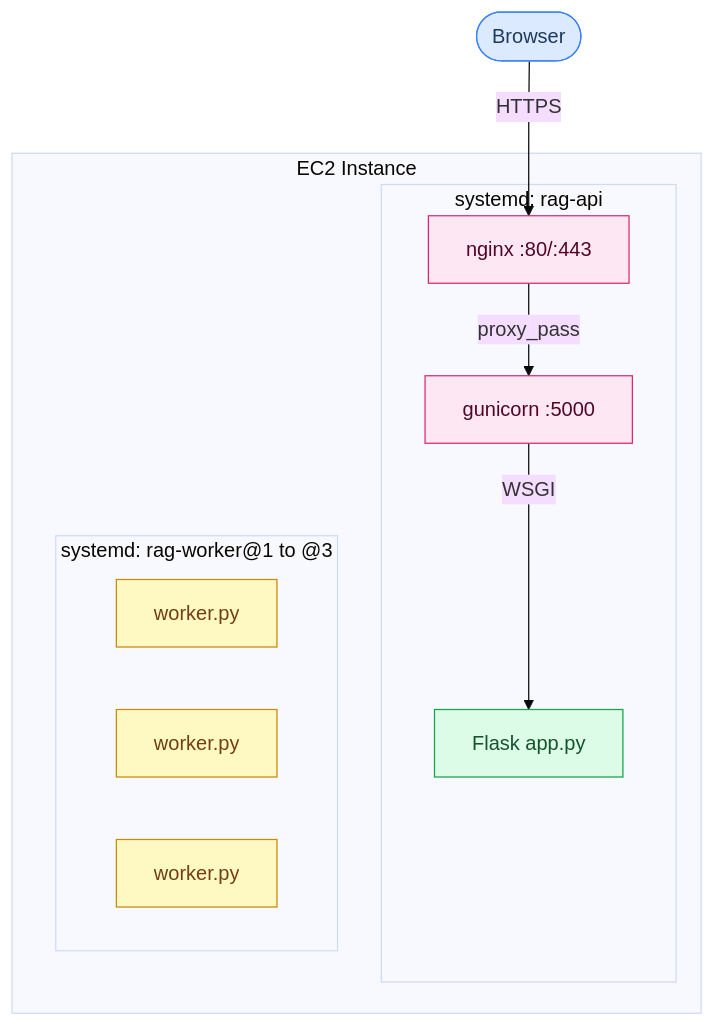
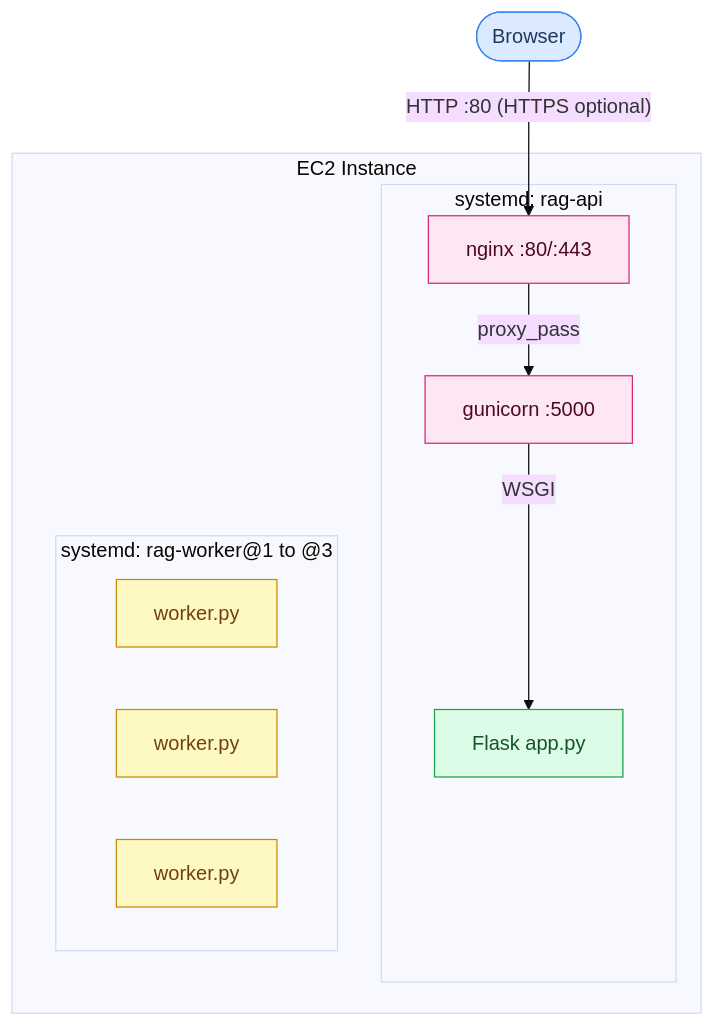
One commit to segalmax/immigration-rag changed the first of 2 diagrams in docs/DEPLOYMENT_DIAGRAM.md. Above: the diagram before and after it, drawn with Mermaid. The commit also changed other lines of this file and 4 other files, not shown here.

Commit message:
docs: sync maps and handouts with code (EC2, caches, ingest HTTP, schema fields)

````diff
--- a/docs/DEPLOYMENT_DIAGRAM.md
+++ b/docs/DEPLOYMENT_DIAGRAM.md
@@ -12,27 +12,27 @@
 ```mermaid
 %%{ init: { 'theme': 'base' } }%%
 flowchart TD
     classDef actor   fill:#dbeafe,stroke:#3b82f6,color:#1e3a5f
     classDef service fill:#dcfce7,stroke:#16a34a,color:#14532d
     classDef worker  fill:#fef9c3,stroke:#ca8a04,color:#713f12
     classDef infra   fill:#fce7f3,stroke:#db2777,color:#500724
 
     Browser(["Browser"]):::actor
 
     subgraph ec2 ["EC2 Instance"]
         subgraph rag_api ["systemd: rag-api"]
             nginx["nginx :80/:443"]:::infra
             gunicorn["gunicorn :5000"]:::infra
             flask["Flask app.py"]:::service
             nginx -->|"proxy_pass"| gunicorn
             gunicorn -->|"WSGI"| flask
         end
         subgraph rag_worker ["systemd: rag-worker@1 to @3"]
             w1["worker.py"]:::worker
             w2["worker.py"]:::worker
             w3["worker.py"]:::worker
         end
     end
 
-    Browser -->|"HTTPS"| nginx
+    Browser -->|"HTTP :80 (HTTPS optional)"| nginx
 ```
````
